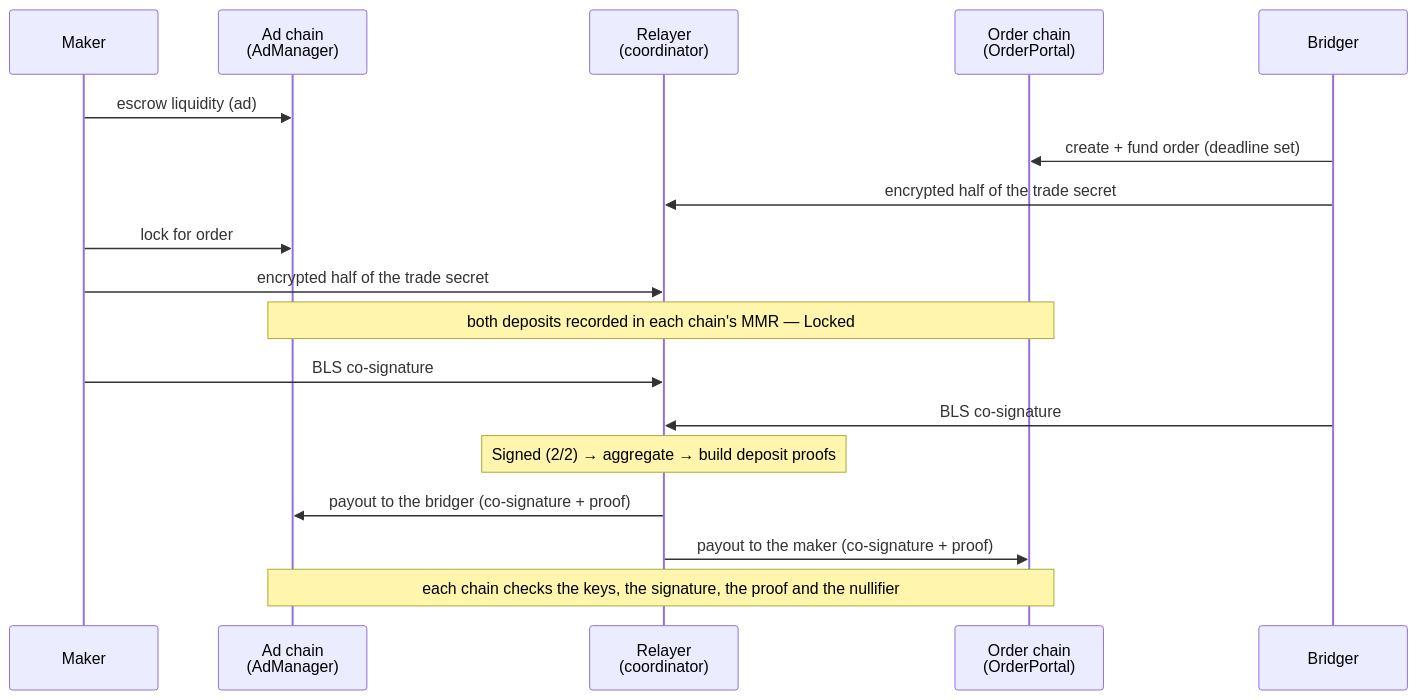
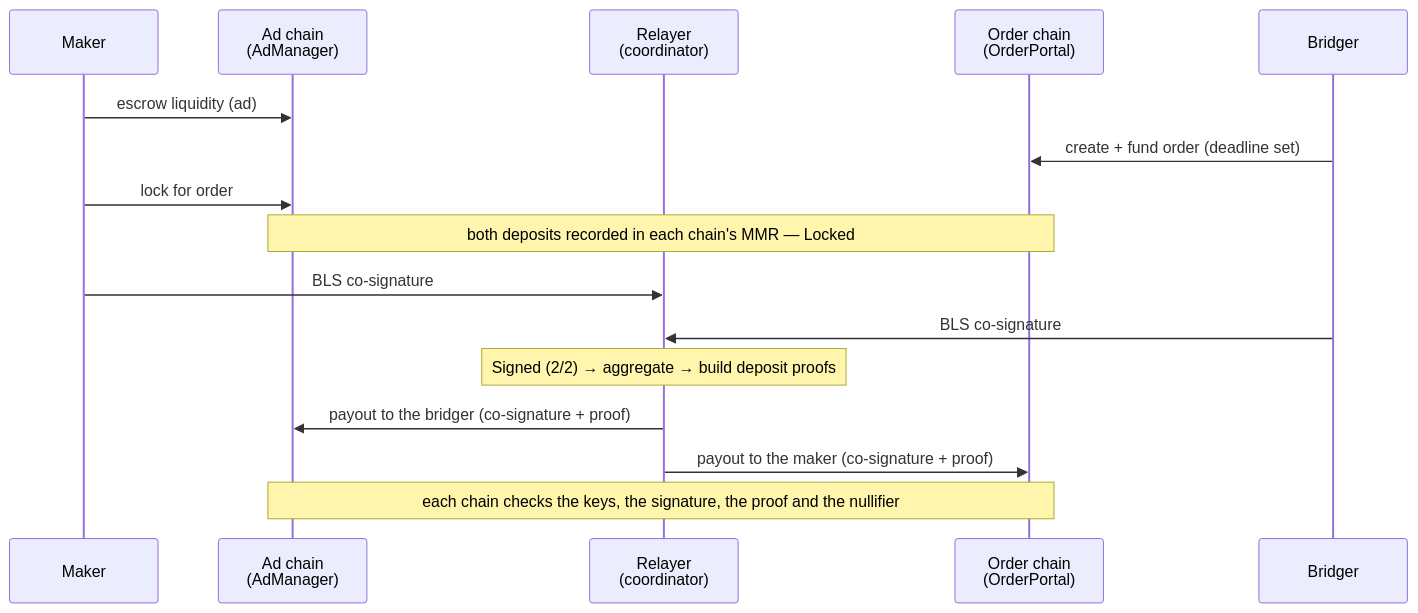
The diagram in v3/how-it-works.mdx (Dprof-in-tech/proofbridge-docs), drawn with Mermaid before and after one commit. The commit also changed other lines of this file and 1 other file, not shown here.

Commit message:
docs(v3): trade secrets — describe the secret only

````diff
--- a/v3/how-it-works.mdx
+++ b/v3/how-it-works.mdx
@@ -16,21 +16,19 @@
 ```mermaid
 sequenceDiagram
     participant M as Maker
     participant AC as Ad chain<br/>(AdManager)
     participant R as Relayer<br/>(coordinator)
     participant OC as Order chain<br/>(OrderPortal)
     participant B as Bridger
 
     M->>AC: escrow liquidity (ad)
     B->>OC: create + fund order (deadline set)
-    B->>R: encrypted half of the trade secret
     M->>AC: lock for order
-    M->>R: encrypted half of the trade secret
     Note over AC,OC: both deposits recorded in each chain's MMR — Locked
     M->>R: BLS co-signature
     B->>R: BLS co-signature
     Note over R: Signed (2/2) → aggregate → build deposit proofs
     R->>AC: payout to the bridger (co-signature + proof)
     R->>OC: payout to the maker (co-signature + proof)
     Note over AC,OC: each chain checks the keys, the signature, the proof and the nullifier
 ```
````
